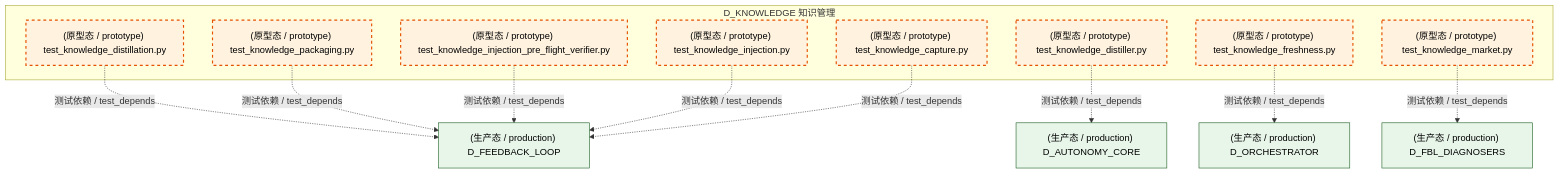
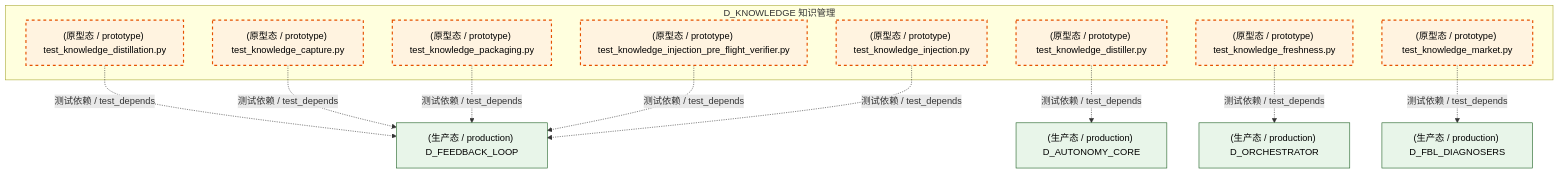
One commit to xuanFelixVan/ZephyrAlpha changed the second of 5 diagrams in docs/02_enterprise_architecture/02_domain_architecture_docs/48_d_knowledge.md. Above: the diagram before and after it, drawn with Mermaid. The commit also changed other lines of this file and 125 other files, not shown here.

````diff
--- a/docs/02_enterprise_architecture/02_domain_architecture_docs/48_d_knowledge.md
+++ b/docs/02_enterprise_architecture/02_domain_architecture_docs/48_d_knowledge.md
@@ -174,31 +175,31 @@
 ```mermaid
 graph TD
     subgraph D_KNOWLEDGE["D_KNOWLEDGE 知识管理"]
         tests_knowledge_engine_test_knowledge_capture_py["(原型态 / prototype) test_knowledge_capture.py"]
         tests_knowledge_engine_test_knowledge_distillation_py["(原型态 / prototype) test_knowledge_distillation.py"]
         tests_knowledge_engine_test_knowledge_distiller_py["(原型态 / prototype) test_knowledge_distiller.py"]
         tests_knowledge_engine_test_knowledge_freshness_py["(原型态 / prototype) test_knowledge_freshness.py"]
         tests_knowledge_engine_test_knowledge_injection_py["(原型态 / prototype) test_knowledge_injection.py"]
         tests_knowledge_engine_test_knowledge_injection_pre_flight_verifier_py["(原型态 / prototype) test_knowledge_injection_pre_flight_verifier.py"]
         tests_knowledge_engine_test_knowledge_market_py["(原型态 / prototype) test_knowledge_market.py"]
         tests_knowledge_engine_test_knowledge_packaging_py["(原型态 / prototype) test_knowledge_packaging.py"]
     end
     D_FEEDBACK_LOOP["(生产态 / production) D_FEEDBACK_LOOP"]
     tests_knowledge_engine_test_knowledge_distillation_py -.->|测试依赖 / test_depends| D_FEEDBACK_LOOP
+    D_AUTONOMY_CORE["(生产态 / production) D_AUTONOMY_CORE"]
+    tests_knowledge_engine_test_knowledge_distiller_py -.->|测试依赖 / test_depends| D_AUTONOMY_CORE
+    tests_knowledge_engine_test_knowledge_capture_py -.->|测试依赖 / test_depends| D_FEEDBACK_LOOP
     tests_knowledge_engine_test_knowledge_packaging_py -.->|测试依赖 / test_depends| D_FEEDBACK_LOOP
     tests_knowledge_engine_test_knowledge_injection_pre_flight_verifier_py -.->|测试依赖 / test_depends| D_FEEDBACK_LOOP
     D_FBL_DIAGNOSERS["(生产态 / production) D_FBL_DIAGNOSERS"]
     tests_knowledge_engine_test_knowledge_market_py -.->|测试依赖 / test_depends| D_FBL_DIAGNOSERS
     tests_knowledge_engine_test_knowledge_injection_py -.->|测试依赖 / test_depends| D_FEEDBACK_LOOP
-    D_AUTONOMY_CORE["(生产态 / production) D_AUTONOMY_CORE"]
-    tests_knowledge_engine_test_knowledge_distiller_py -.->|测试依赖 / test_depends| D_AUTONOMY_CORE
-    tests_knowledge_engine_test_knowledge_capture_py -.->|测试依赖 / test_depends| D_FEEDBACK_LOOP
     D_ORCHESTRATOR["(生产态 / production) D_ORCHESTRATOR"]
     tests_knowledge_engine_test_knowledge_freshness_py -.->|测试依赖 / test_depends| D_ORCHESTRATOR
     classDef production fill:#e1f5fe,stroke:#01579b,stroke-width:2px,color:#000
     classDef design fill:#fff3e0,stroke:#e65100,stroke-width:2px,color:#000,stroke-dasharray: 5 5
     classDef external_prod fill:#e8f5e9,stroke:#1b5e20,stroke-width:1px,color:#000
     classDef external_design fill:#fce4ec,stroke:#880e4f,stroke-width:1px,color:#000,stroke-dasharray: 5 5
     class tests_knowledge_engine_test_knowledge_capture_py,tests_knowledge_engine_test_knowledge_distillation_py,tests_knowledge_engine_test_knowledge_distiller_py,tests_knowledge_engine_test_knowledge_freshness_py,tests_knowledge_engine_test_knowledge_injection_py,tests_knowledge_engine_test_knowledge_injection_pre_flight_verifier_py,tests_knowledge_engine_test_knowledge_market_py,tests_knowledge_engine_test_knowledge_packaging_py design
-    class D_FEEDBACK_LOOP,D_FBL_DIAGNOSERS,D_AUTONOMY_CORE,D_ORCHESTRATOR external_prod
+    class D_FEEDBACK_LOOP,D_AUTONOMY_CORE,D_FBL_DIAGNOSERS,D_ORCHESTRATOR external_prod
 ```
````
